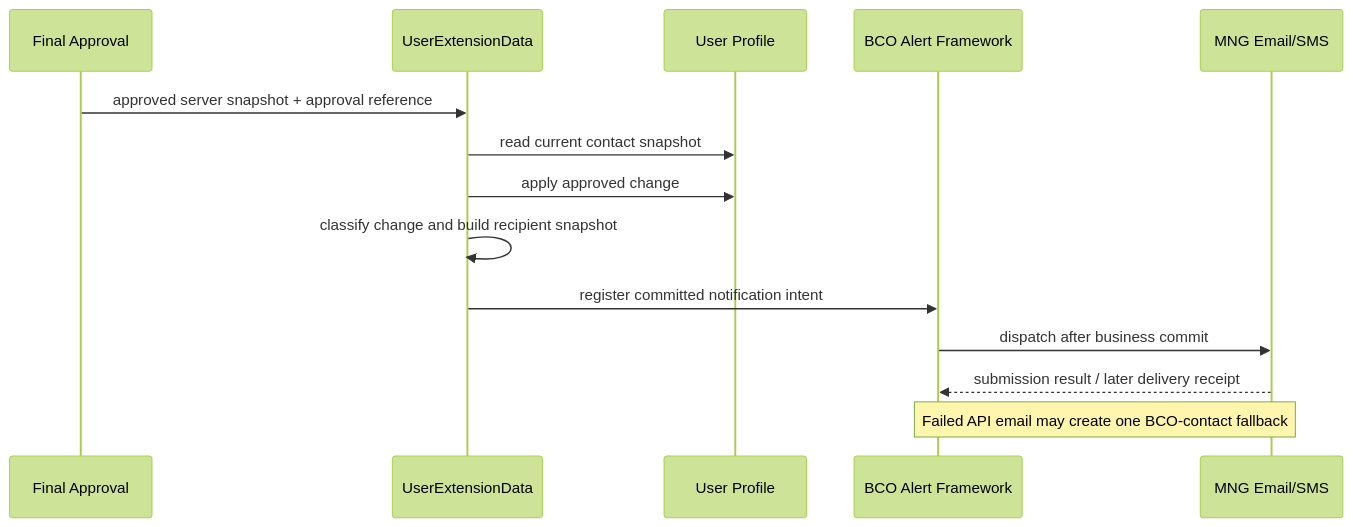
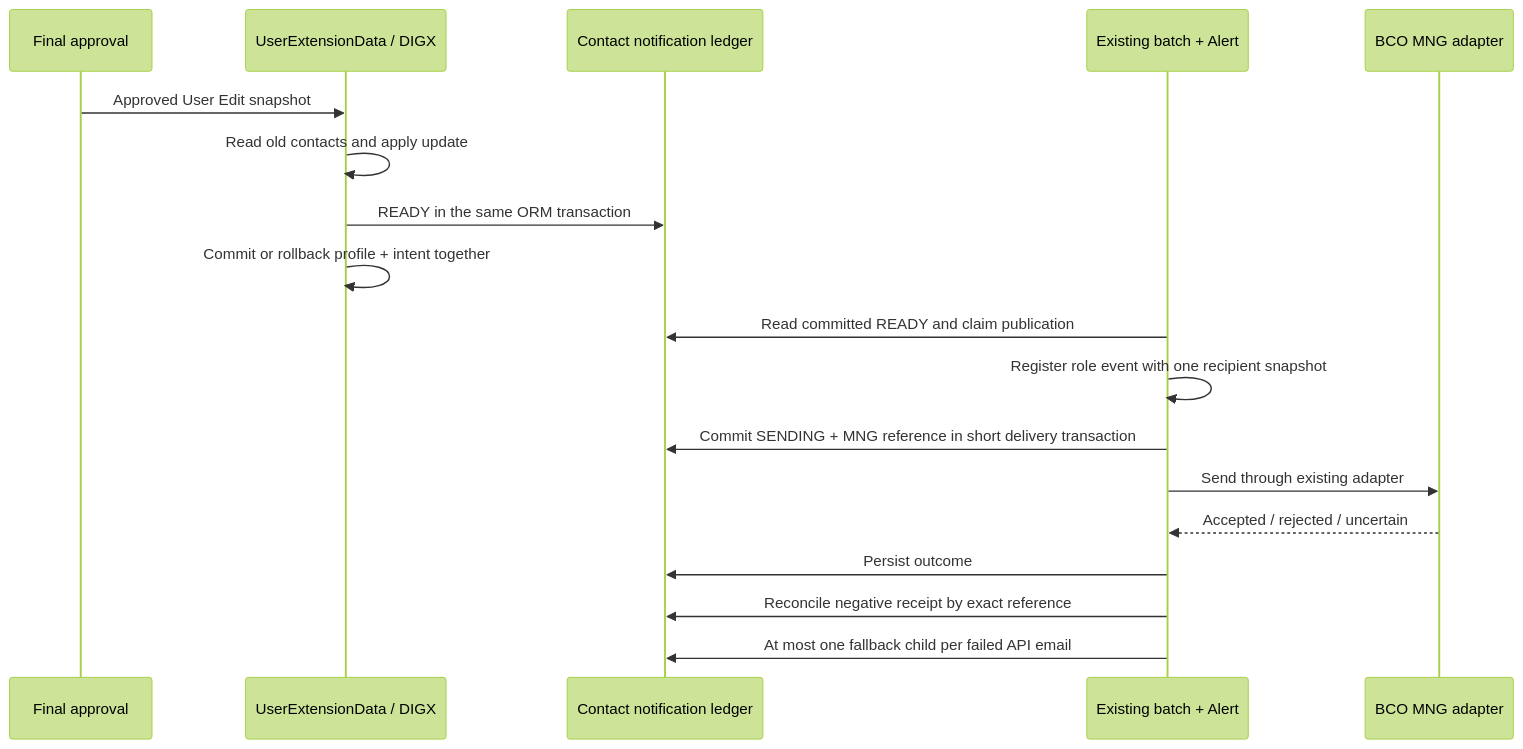
One commit to BEA-WilliamWu/mcdp-h5-demo-int changed the diagram in story/notification & audit log/BCOH2H-851-TECHNICAL-DESIGN.md. Above: the diagram before and after it, drawn with Mermaid (forest theme). The commit also changed other lines of this file and 25 other files, not shown here.

First line of the commit message:
feat(hth): add approved profile contact notifications (BCOH2H-851)

````diff
--- a/story/notification & audit log/BCOH2H-851-TECHNICAL-DESIGN.md
+++ b/story/notification & audit log/BCOH2H-851-TECHNICAL-DESIGN.md
@@ -102,16 +65,20 @@
 ```mermaid
 sequenceDiagram
-    participant A as Final Approval
-    participant S as UserExtensionData
-    participant U as User Profile
-    participant E as BCO Alert Framework
-    participant M as MNG Email/SMS
-    A->>S: approved server snapshot + approval reference
-    S->>U: read current contact snapshot
-    S->>U: apply approved change
-    S->>S: classify change and build recipient snapshot
-    S->>E: register committed notification intent
-    E->>M: dispatch after business commit
-    M-->>E: submission result / later delivery receipt
-    Note over E,M: Failed API email may create one BCO-contact fallback
+    participant A as Final approval
+    participant U as UserExtensionData / DIGX
+    participant L as Contact notification ledger
+    participant B as Existing batch + Alert
+    participant M as BCO MNG adapter
+    A->>U: Approved User Edit snapshot
+    U->>U: Read old contacts and apply update
+    U->>L: READY in the same ORM transaction
+    U->>U: Commit or rollback profile + intent together
+    B->>L: Read committed READY and claim publication
+    B->>B: Register role event with one recipient snapshot
+    B->>L: Commit SENDING + MNG reference in short delivery transaction
+    B->>M: Send through existing adapter
+    M-->>B: Accepted / rejected / uncertain
+    B->>L: Persist outcome
+    B->>L: Reconcile negative receipt by exact reference
+    B->>L: At most one fallback child per failed API email
 ```
````
